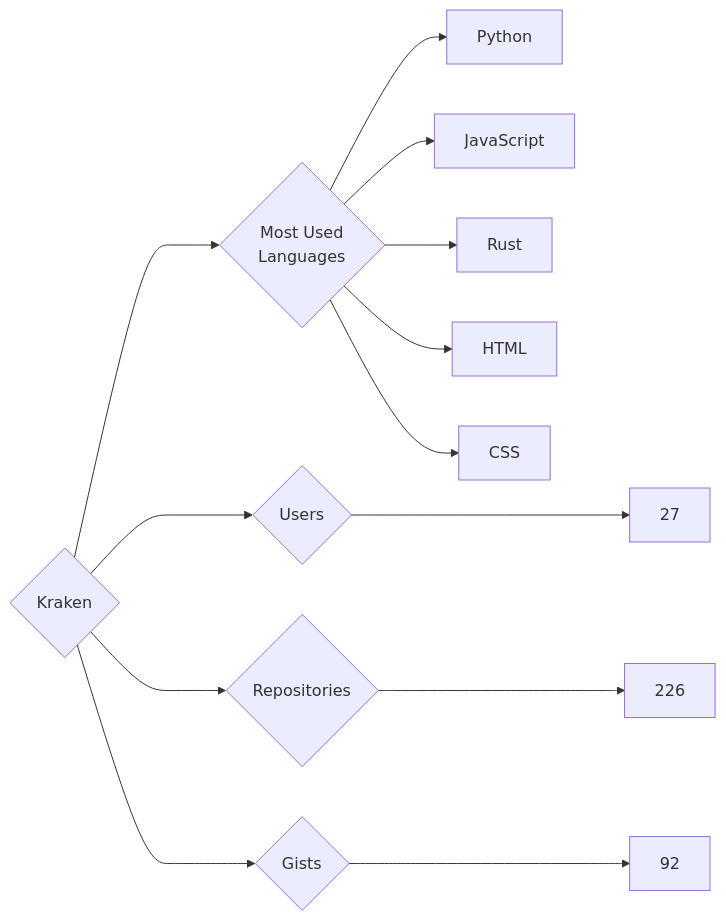
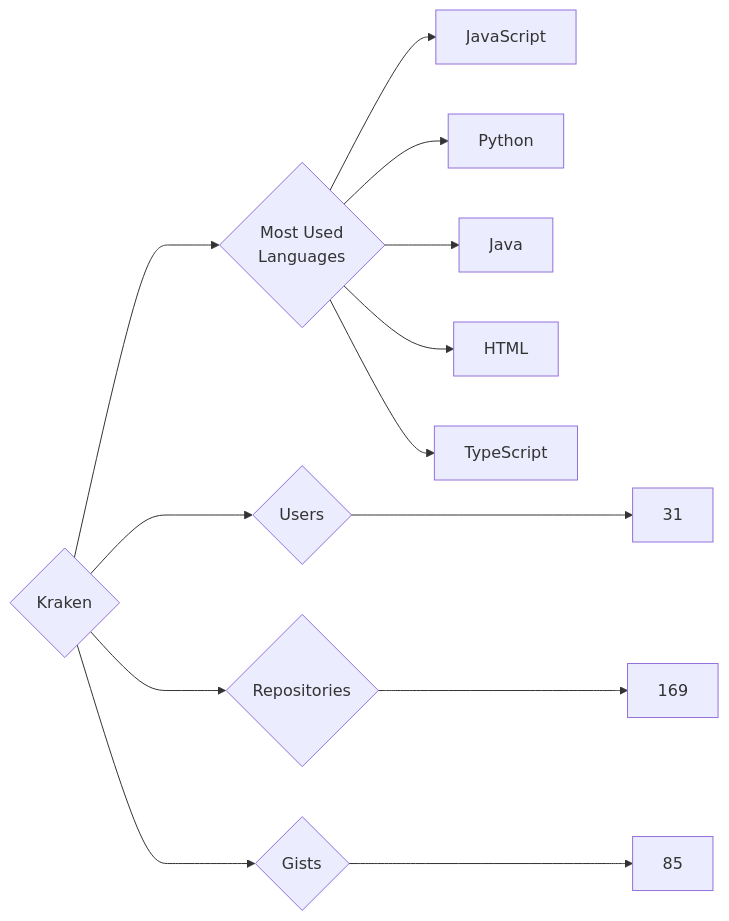
The diagram in targets/Kraken/README.md (trickest/insiders), drawn with Mermaid before and after one commit. The commit also changed 782 other files, not shown here.

````diff
--- a/targets/Kraken/README.md
+++ b/targets/Kraken/README.md
@@ -3,13 +3,13 @@
 ```mermaid
 graph LR
 COMPANY_NAME{Kraken}
-COMPANY_NAME ---> U{Users} ---> UN[27]
-COMPANY_NAME ---> R{Repositories} ---> RN[226]
-COMPANY_NAME ---> G{Gists} ---> GN[92]
+COMPANY_NAME ---> U{Users} ---> UN[31]
+COMPANY_NAME ---> R{Repositories} ---> RN[169]
+COMPANY_NAME ---> G{Gists} ---> GN[85]
 COMPANY_NAME ---> ML{Most Used<br>Languages}
+ML --> JavaScript[JavaScript]
 ML --> Python[Python]
-ML --> JavaScript[JavaScript]
-ML --> Rust[Rust]
+ML --> Java[Java]
 ML --> HTML[HTML]
-ML --> CSS[CSS]
+ML --> TypeScript[TypeScript]
 ```
````
